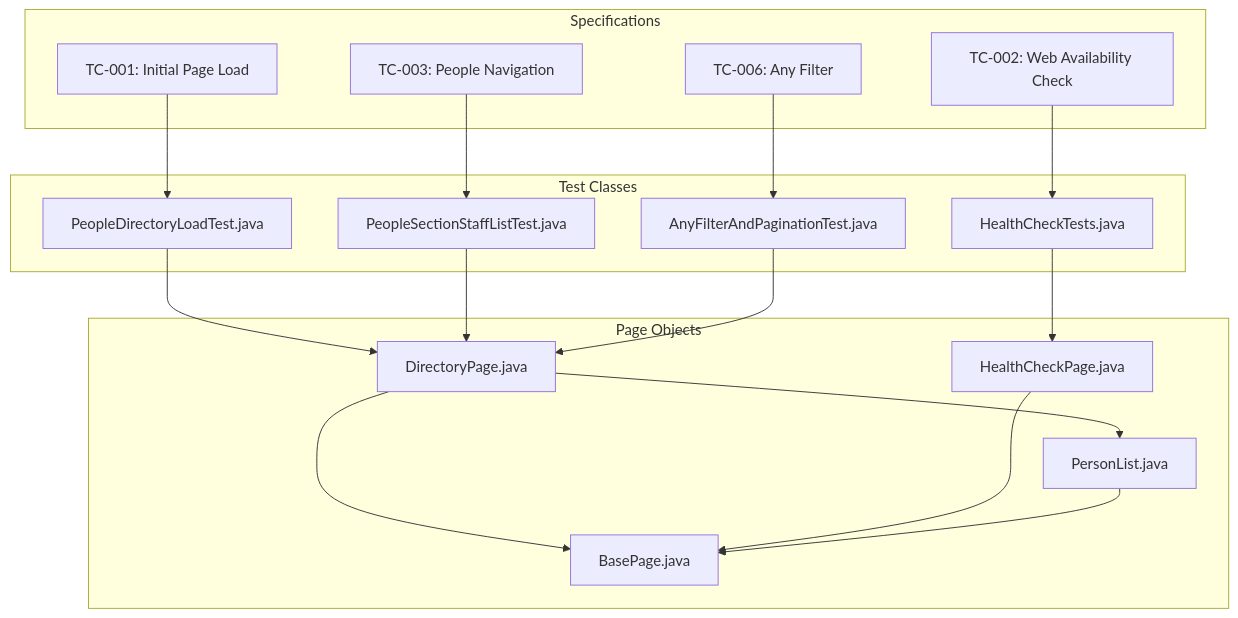
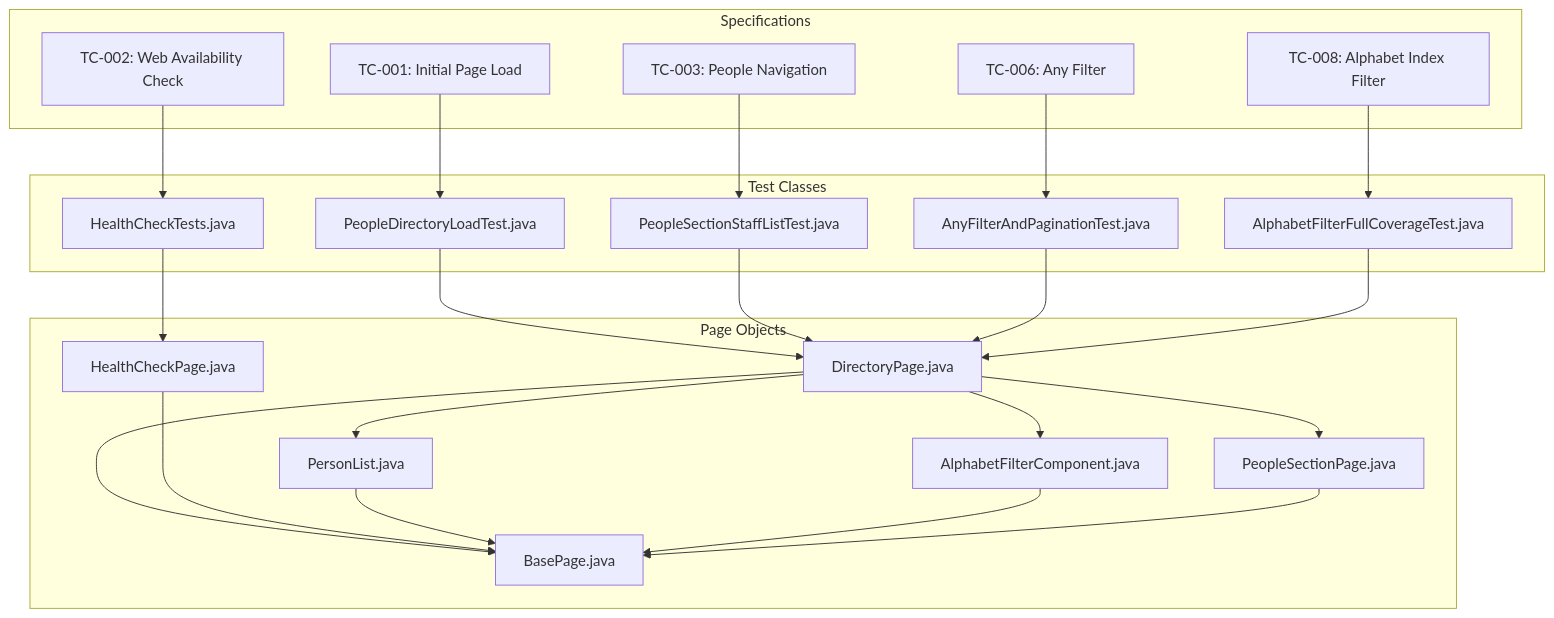
Before and after one commit to mandypepe/sdd_selenium: the first of 7 diagrams in README.md, drawn with Mermaid. The commit also changed other lines of this file and 36 other files, not shown here.

First line of the commit message:
Feature/qa tc008 test directory alphabetical index (#7)

````diff
--- a/README.md
+++ b/README.md
@@ -75,38 +81,48 @@
 ```mermaid
-graph TD
+flowchart TD
     subgraph Specifications
-        A[TC-001: Initial Page Load]
-        B[TC-002: Web Availability Check]
-        C[TC-003: People Navigation]
-        D[TC-006: Any Filter]
+        A["TC-001: Initial Page Load"]
+        B["TC-002: Web Availability Check"]
+        C["TC-003: People Navigation"]
+        D["TC-006: Any Filter"]
+        E["TC-008: Alphabet Index Filter"]
     end
 
     subgraph Test Classes
-        E[PeopleDirectoryLoadTest.java]
-        F[HealthCheckTests.java]
-        G[PeopleSectionStaffListTest.java]
-        H[AnyFilterAndPaginationTest.java]
+        F["PeopleDirectoryLoadTest.java"]
+        G["HealthCheckTests.java"]
+        H["PeopleSectionStaffListTest.java"]
+        I["AnyFilterAndPaginationTest.java"]
+        J["AlphabetFilterFullCoverageTest.java"]
     end
 
     subgraph Page Objects
-        I[DirectoryPage.java]
-        J[HealthCheckPage.java]
-        K[PersonList.java]
-        L[BasePage.java]
+        K["DirectoryPage.java"]
+        L["HealthCheckPage.java"]
+        M["PersonList.java"]
+        N["BasePage.java"]
+        O["AlphabetFilterComponent.java"]
+        P["PeopleSectionPage.java"]
     end
 
-    A --> E
-    B --> F
-    C --> G
-    D --> H
+    A --> F
+    B --> G
+    C --> H
+    D --> I
+    E --> J
 
-    E --> I
-    F --> J
-    G --> I
-    H --> I
+    F --> K
+    G --> L
+    H --> K
+    I --> K
+    J --> K
 
-    I --> K
-    I --> L
-    J --> L
-    K --> L
+    K --> M
+    K --> N
+    K --> O
+    K --> P
+    L --> N
+    M --> N
+    O --> N
+    P --> N
 ```
````
